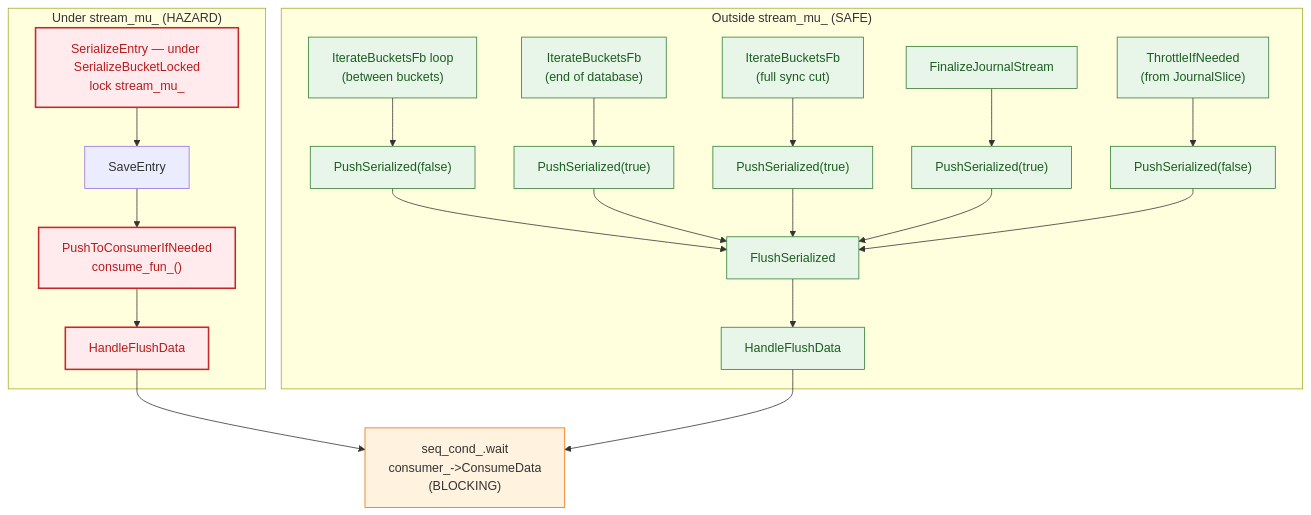
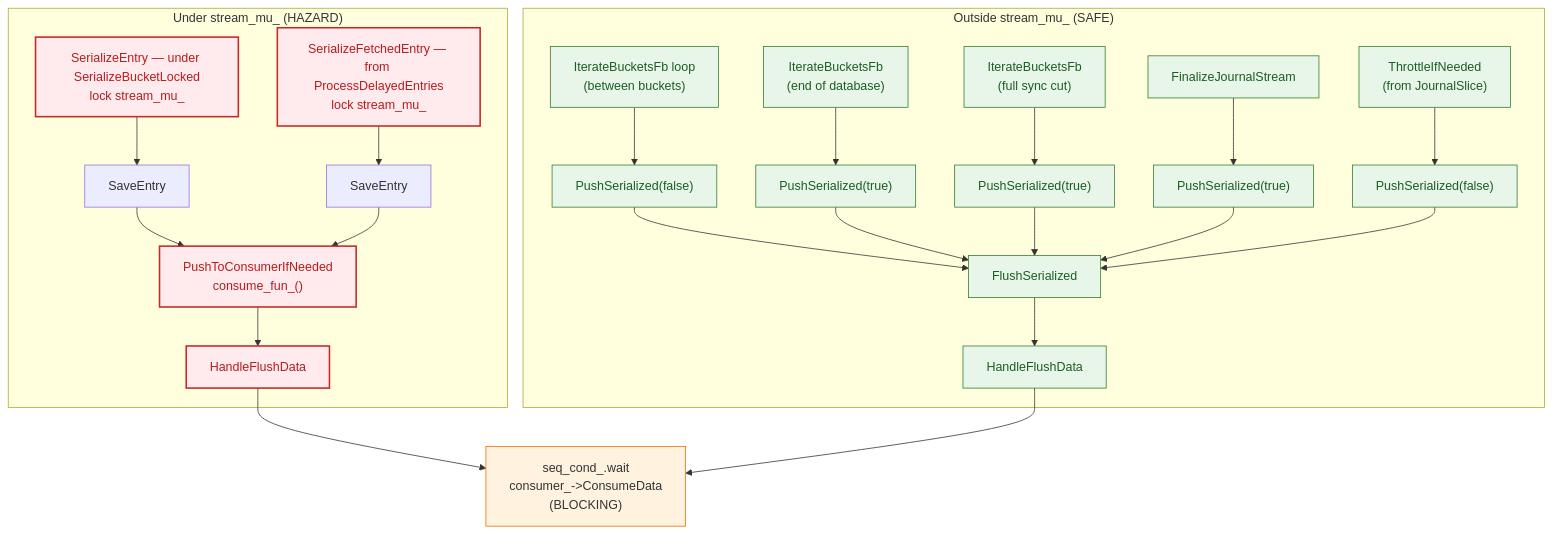
Before and after one commit to dragonflydb/dragonfly: the fifth of 5 diagrams in docs/shard-serialization.md, drawn with Mermaid. The commit also changed other lines of this file, not shown here.

Commit message:
docs: add SerializeFetchedEntry to HandleFlushData hazard diagram
SerializeFetchedEntry also calls SaveEntry under stream_mu_ and can
trigger PushToConsumerIfNeeded -> HandleFlushData, so it belongs in
both the Path 2 individual diagram (now shows the blocking path) and
the combined "All Code Paths That Reach HandleFlushData" hazard diagram.

Agent-Logs-Url: https://github.com/dragonflydb/dragonfly/sessions/c64c121a-4c05-4b86-be57-26b320582c4c

````diff
--- a/docs/shard-serialization.md
+++ b/docs/shard-serialization.md
@@ -356,32 +360,34 @@
 ```mermaid
 flowchart TD
   subgraph HAZARD["Under stream_mu_ (HAZARD)"]
     A2["SerializeEntry — under SerializeBucketLocked<br/>lock stream_mu_"] --> SB2["SaveEntry"]
+    A3["SerializeFetchedEntry — from ProcessDelayedEntries<br/>lock stream_mu_"] --> SB3["SaveEntry"]
     SB2 --> CF["PushToConsumerIfNeeded<br/>consume_fun_()"]
+    SB3 --> CF
     CF --> HFD1[HandleFlushData]
   end
 
   subgraph SAFE["Outside stream_mu_ (SAFE)"]
     B1["IterateBucketsFb loop<br/>(between buckets)"] --> PS1["PushSerialized(false)"]
     B2["IterateBucketsFb<br/>(end of database)"] --> PS2["PushSerialized(true)"]
     B3["IterateBucketsFb<br/>(full sync cut)"] --> PS3["PushSerialized(true)"]
     B4[FinalizeJournalStream] --> PS4["PushSerialized(true)"]
     B5["ThrottleIfNeeded<br/>(from JournalSlice)"] --> PS5["PushSerialized(false)"]
     PS1 --> FS[FlushSerialized]
     PS2 --> FS
     PS3 --> FS
     PS4 --> FS
     PS5 --> FS
     FS --> HFD2[HandleFlushData]
   end
 
   HFD1 --> BLOCK["seq_cond_.wait<br/>consumer_->ConsumeData<br/>(BLOCKING)"]
   HFD2 --> BLOCK
 
   classDef hazard fill:#FFEBEE,stroke:#C62828,stroke-width:2px,color:#B71C1C;
   classDef safe fill:#E8F5E9,stroke:#2E7D32,color:#1B5E20;
   classDef block fill:#FFF3E0,stroke:#EF6C00;
-  class A2,CF,HFD1 hazard;
+  class A2,A3,CF,HFD1 hazard;
   class B1,B2,B3,B4,B5,PS1,PS2,PS3,PS4,PS5,FS,HFD2 safe;
   class BLOCK block;
 ```
````
